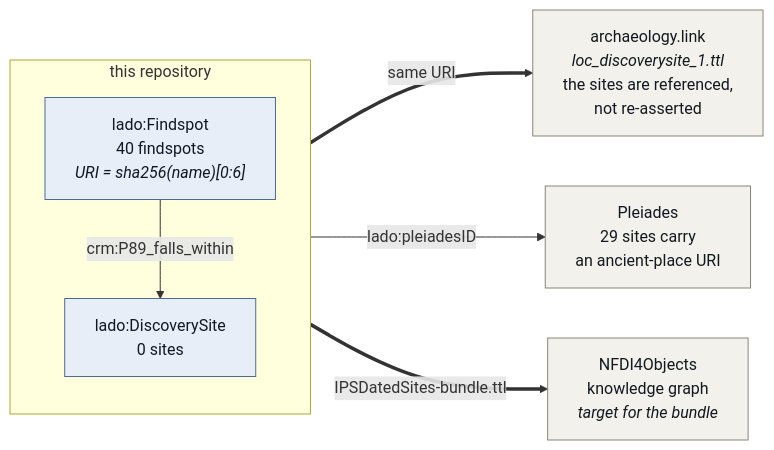
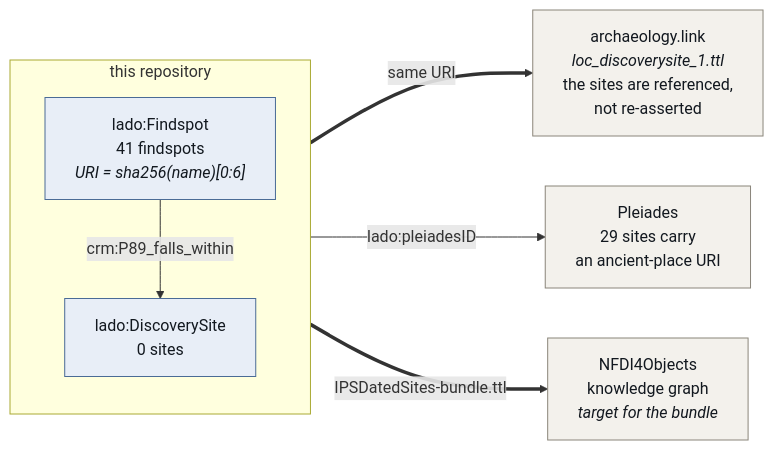
One commit to leiza-rse/IPSDatedSites changed the second of 3 diagrams in docs/crosswalk.md. Above: the diagram before and after it, drawn with Mermaid. The commit also changed 12 other files, not shown here.

````diff
--- a/docs/crosswalk.md
+++ b/docs/crosswalk.md
@@ -130,26 +130,26 @@
 ```mermaid
 flowchart LR
     subgraph ours["this repository"]
         direction TB
-        FS["lado:Findspot<br/>40 findspots<br/><i>URI = sha256(name)[0:6]</i>"]
+        FS["lado:Findspot<br/>41 findspots<br/><i>URI = sha256(name)[0:6]</i>"]
         DSITE["lado:DiscoverySite<br/>0 sites"]
         FS -->|crm:P89_falls_within| DSITE
     end
 
     AL["archaeology.link<br/><i>loc_discoverysite_1.ttl</i><br/>the sites are referenced,<br/>not re-asserted"]
     PL["Pleiades<br/>29 sites carry<br/>an ancient-place URI"]
     N4O["NFDI4Objects<br/>knowledge graph<br/><i>target for the bundle</i>"]
 
     DSITE ==>|same URI| AL
     DSITE -->|lado:pleiadesID| PL
     ours ==>|IPSDatedSites-bundle.ttl| N4O
 
     class FS,DSITE local
     class AL,PL,N4O ext
 
     classDef local fill:#e8eef7,stroke:#4a6b96,stroke-width:1px,color:#12181f
     classDef crm fill:#efe7f5,stroke:#7a5a96,stroke-width:1px,color:#12181f
     classDef time fill:#e3f2ec,stroke:#3f8a70,stroke-width:1px,color:#12181f
     classDef ext fill:#f3f1ec,stroke:#8a857a,stroke-width:1px,color:#12181f
     classDef io fill:#faf3e3,stroke:#a8872e,stroke-width:1px,color:#12181f
 ```
````
